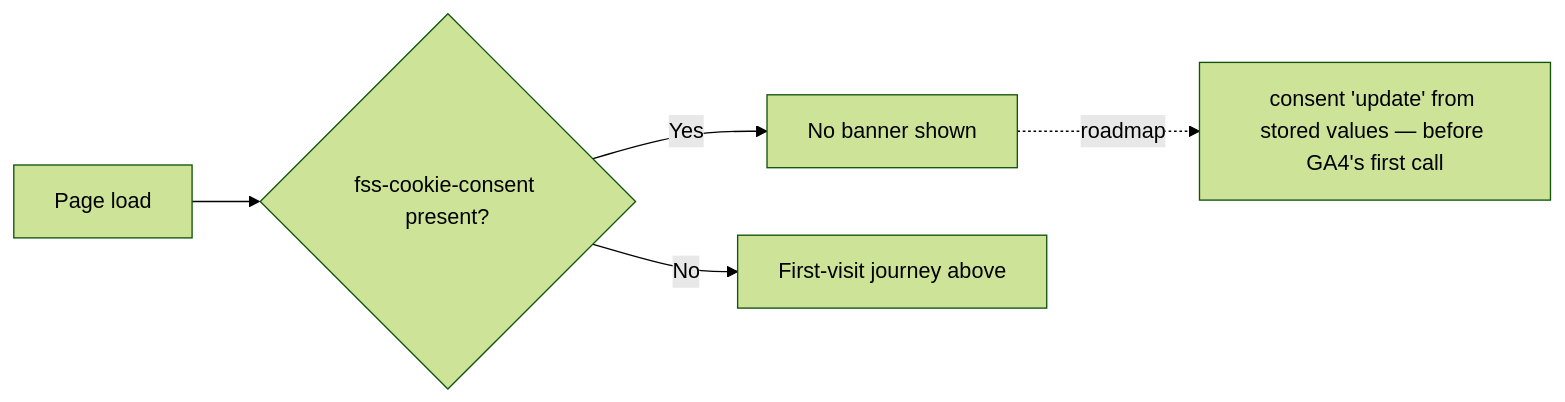
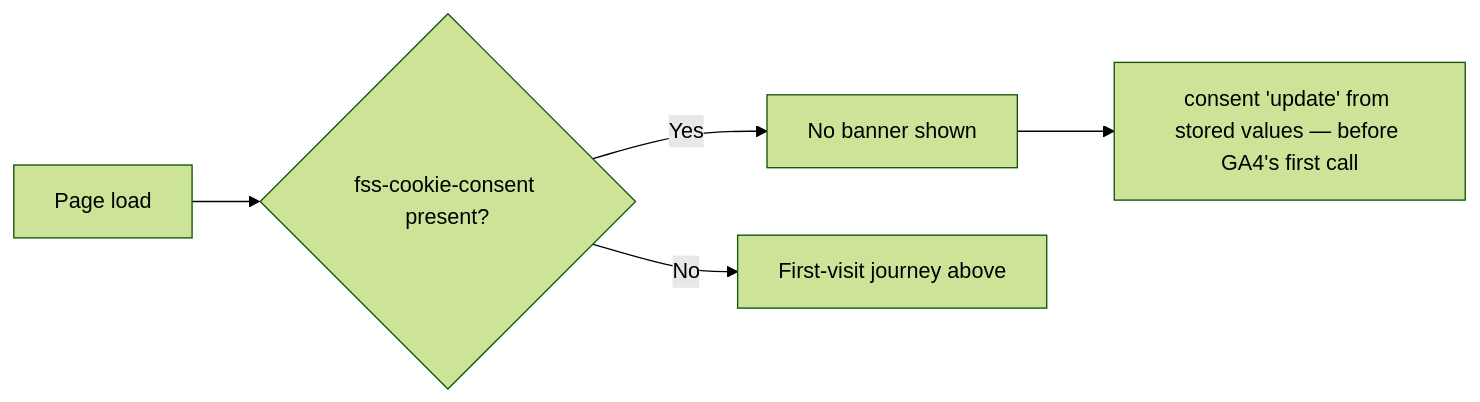
Before and after one commit to sathittham/factory-sync-solutions: the second of 4 diagrams in docs/product/cookie-consent/user-journeys.md, drawn with Mermaid (forest theme). The commit also changed other lines of this file and 9 other files, not shown here.

````diff
--- a/docs/product/cookie-consent/user-journeys.md
+++ b/docs/product/cookie-consent/user-journeys.md
@@ -47,7 +48,7 @@
 ```mermaid
 flowchart LR
     A["Page load"] --> B{"fss-cookie-consent present?"}
     B -->|Yes| C["No banner shown"]
-    C -.->|roadmap| D["consent 'update' from stored values — before GA4's first call"]
+    C --> D["consent 'update' from stored values — before GA4's first call"]
     B -->|No| E["First-visit journey above"]
 ```
````
